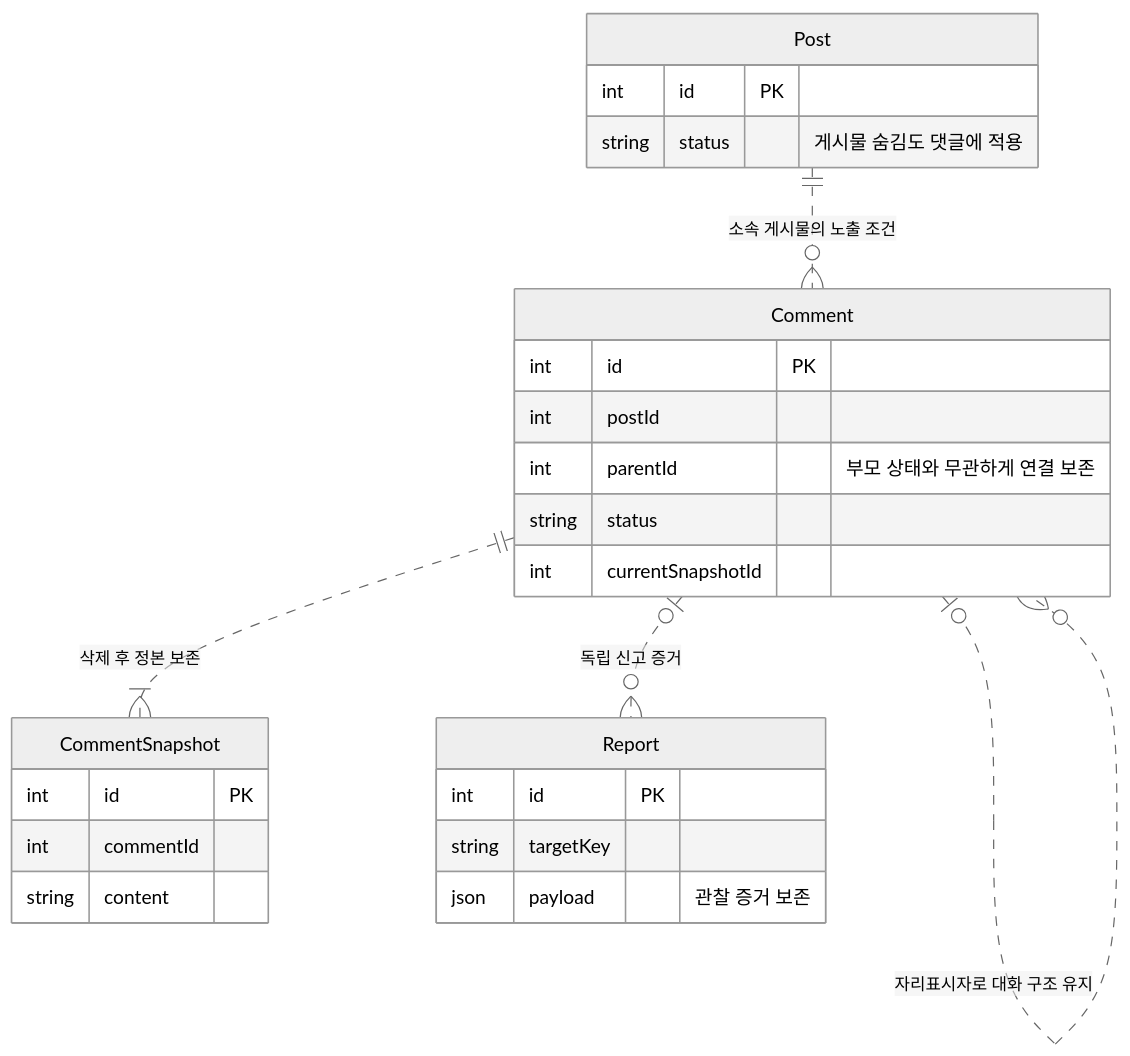
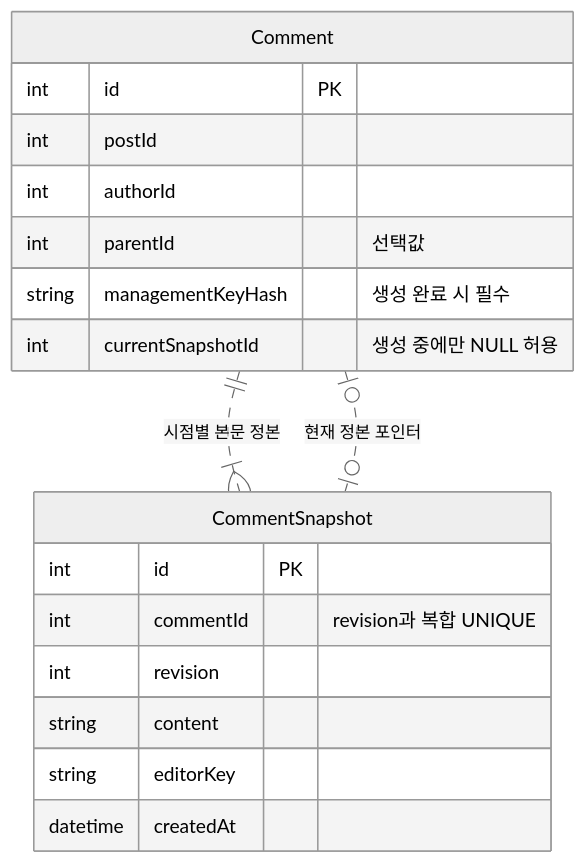
The seventh of 9 diagrams in docs/comment-management.md (luke0408/blog-erd), drawn with Mermaid (neutral theme) before and after one commit. The commit also changed other lines of this file and 5 other files, not shown here.

Commit message:
docs(erd): reorder student questions by design requirements

````diff
--- a/docs/comment-management.md
+++ b/docs/comment-management.md
@@ -161,28 +205,21 @@
 ```mermaid
 erDiagram
-    Post {
-        int id PK
-        string status "게시물 숨김도 댓글에 적용"
-    }
     Comment {
         int id PK
         int postId
-        int parentId "부모 상태와 무관하게 연결 보존"
-        string status
-        int currentSnapshotId
+        int authorId
+        int parentId "선택값"
+        string managementKeyHash "생성 완료 시 필수"
+        int currentSnapshotId "생성 중에만 NULL 허용"
     }
     CommentSnapshot {
         int id PK
-        int commentId
+        int commentId "revision과 복합 UNIQUE"
+        int revision
         string content
+        string editorKey
+        datetime createdAt
     }
-    Report {
-        int id PK
-        string targetKey
-        json payload "관찰 증거 보존"
-    }
-    Post ||..o{ Comment : "소속 게시물의 노출 조건"
-    Comment |o..o{ Comment : "자리표시자로 대화 구조 유지"
-    Comment ||..|{ CommentSnapshot : "삭제 후 정본 보존"
-    Comment |o..o{ Report : "독립 신고 증거"
+    Comment ||..|{ CommentSnapshot : "시점별 본문 정본"
+    Comment |o..o| CommentSnapshot : "현재 정본 포인터"
 ```
````
